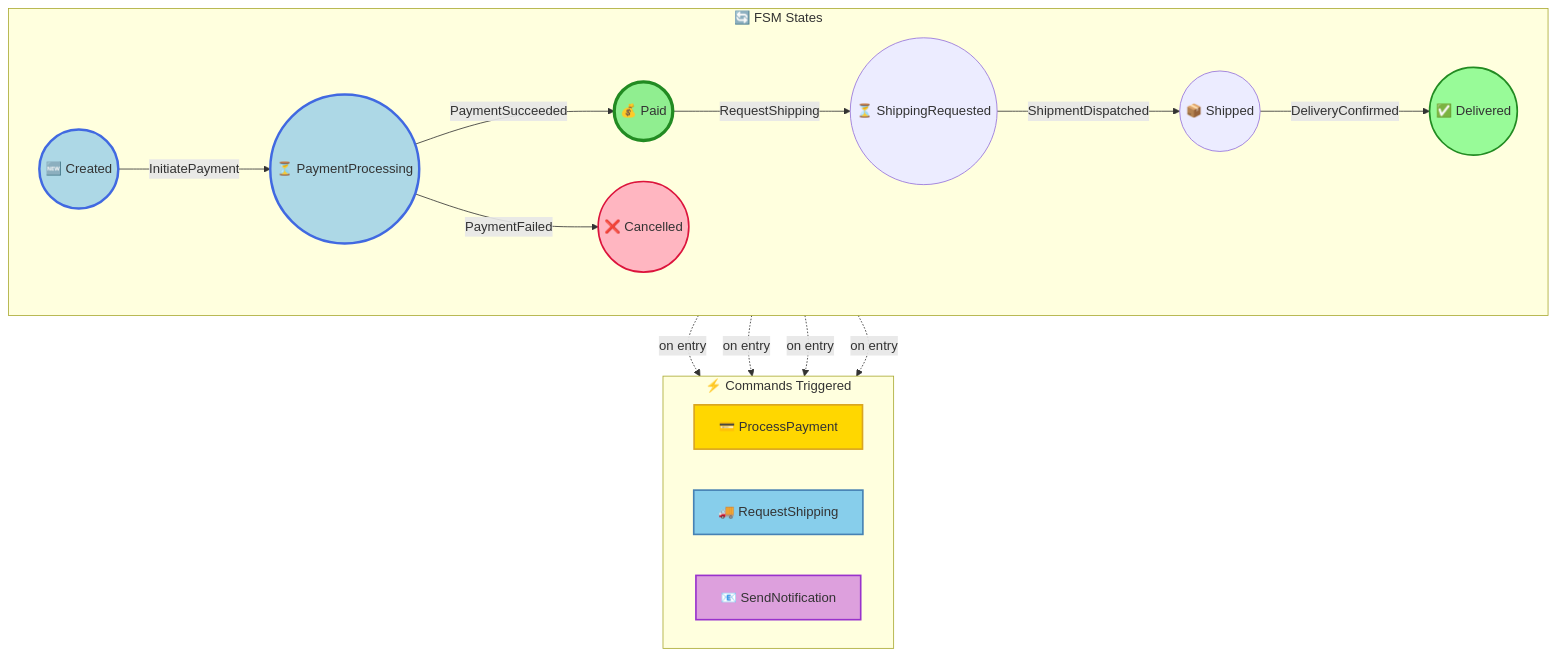
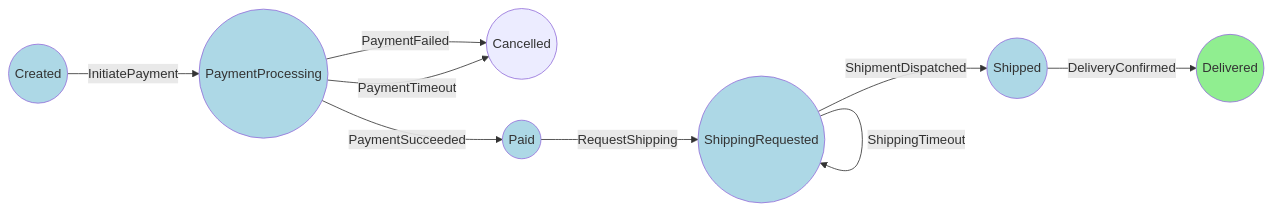
Before and after one commit to Iterable/mechanoid: the second of 2 diagrams in docs/visualizations/order-3-trace.md, drawn with Mermaid. The commit also changed other lines of this file and 10 other files, not shown here.

````diff
--- a/docs/visualizations/order-3-trace.md
+++ b/docs/visualizations/order-3-trace.md
@@ -58,42 +27,28 @@
 ```mermaid
-flowchart TB
-    subgraph FSM["🔄 FSM States"]
-        direction LR
-        Shipped(("📦 Shipped"))
-        PaymentProcessing(("⏳ PaymentProcessing"))
-        ShippingRequested(("⏳ ShippingRequested"))
-        Delivered(("✅ Delivered"))
-        Cancelled(("❌ Cancelled"))
-        Paid(("💰 Paid"))
-        Created(("🆕 Created"))
-        Created -->|InitiatePayment| PaymentProcessing
-        PaymentProcessing -->|PaymentSucceeded| Paid
-        PaymentProcessing -->|PaymentFailed| Cancelled
-        Paid -->|RequestShipping| ShippingRequested
-        ShippingRequested -->|ShipmentDispatched| Shipped
-        Shipped -->|DeliveryConfirmed| Delivered
-    end
+flowchart LR
+    Shipped((Shipped))
+    PaymentProcessing((PaymentProcessing))
+    ShippingRequested((ShippingRequested))
+    Delivered((Delivered))
+    Cancelled((Cancelled))
+    Paid((Paid))
+    Created((Created))
 
-    subgraph Commands["⚡ Commands Triggered"]
-        direction LR
-        ProcessPayment["💳 ProcessPayment"]
-        RequestShipping["🚚 RequestShipping"]
-        SendNotification["📧 SendNotification"]
-    end
+    Created -->|InitiatePayment| PaymentProcessing
+    PaymentProcessing -->|PaymentSucceeded| Paid
+    PaymentProcessing -->|PaymentFailed| Cancelled
+    PaymentProcessing -->|PaymentTimeout| Cancelled
+    Paid -->|RequestShipping| ShippingRequested
+    ShippingRequested -->|ShipmentDispatched| Shipped
+    ShippingRequested -->|ShippingTimeout| ShippingRequested
+    Shipped -->|DeliveryConfirmed| Delivered
 
-    PaymentProcessing -.->|on entry| ProcessPayment
-    Paid -.->|on entry| RequestShipping
-    Paid -.->|on entry| SendNotification
-    Shipped -.->|on entry| SendNotification
+    style Created fill:#ADD8E6
+    style Delivered fill:#ADD8E6
+    style ShippingRequested fill:#ADD8E6
+    style PaymentProcessing fill:#ADD8E6
+    style Shipped fill:#ADD8E6
+    style Paid fill:#ADD8E6
+    style Delivered fill:#90EE90
 
-    style Delivered fill:#98FB98,stroke:#228B22,stroke-width:2px
-    style Cancelled fill:#FFB6C1,stroke:#DC143C,stroke-width:2px
-    style ProcessPayment fill:#FFD700,stroke:#DAA520,stroke-width:2px
-    style RequestShipping fill:#87CEEB,stroke:#4682B4,stroke-width:2px
-    style SendNotification fill:#DDA0DD,stroke:#9932CC,stroke-width:2px
-
-    style Created fill:#ADD8E6,stroke:#4169E1,stroke-width:3px
-    style PaymentProcessing fill:#ADD8E6,stroke:#4169E1,stroke-width:3px
-    style Paid fill:#ADD8E6,stroke:#4169E1,stroke-width:3px
-    style Paid fill:#90EE90,stroke:#228B22,stroke-width:4px
 ```
````
